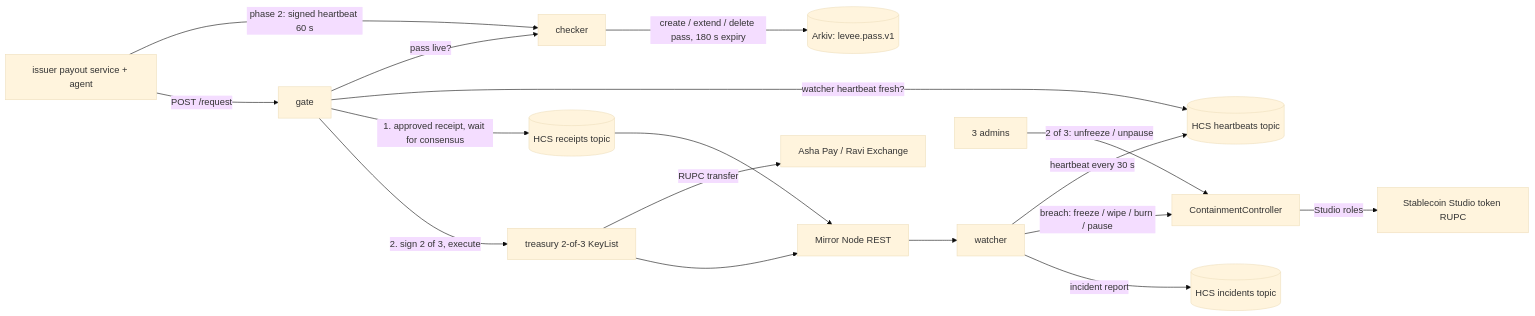
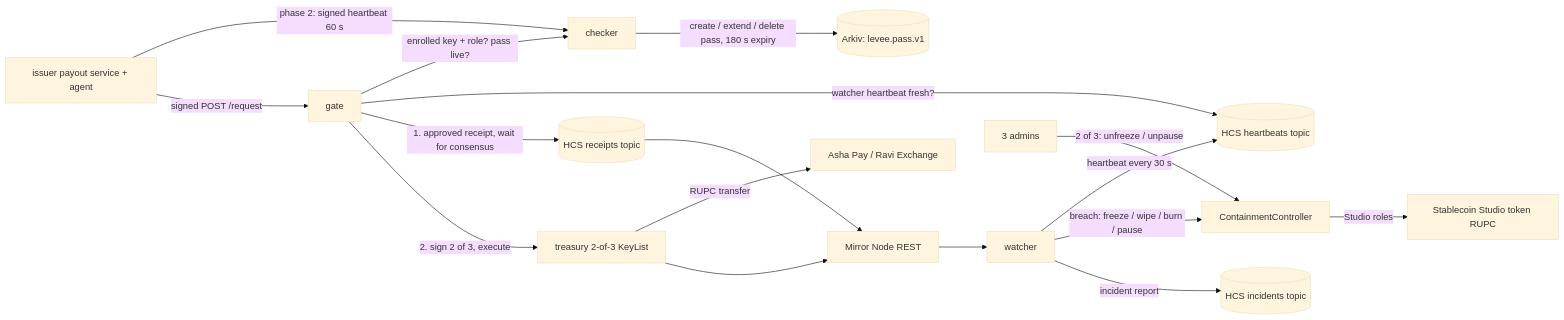
Before and after one commit to 0xvikram/levee: the second of 2 diagrams in README.md, drawn with Mermaid (base theme). The commit also changed other lines of this file and 9 other files, not shown here.

First line of the commit message:
Docs: match every claim to the code and live runs (signed requests, partners frozen not wiped, live mint)

````diff
--- a/README.md
+++ b/README.md
@@ -94,21 +110,21 @@
 ```mermaid
 flowchart LR
   A1[issuer payout service + agent] -- phase 2: signed heartbeat 60 s --> C[checker]
   C -- create / extend / delete pass, 180 s expiry --> ARK[(Arkiv: levee.pass.v1)]
 
-  A1 -- POST /request --> G[gate]
-  G -- pass live? --> C
+  A1 -- signed POST /request --> G[gate]
+  G -- enrolled key + role? pass live? --> C
   G -- watcher heartbeat fresh? --> HB[(HCS heartbeats topic)]
   G -- 1. approved receipt, wait for consensus --> RT[(HCS receipts topic)]
   G -- 2. sign 2 of 3, execute --> T[treasury 2-of-3 KeyList]
   T -- RUPC transfer --> P[Asha Pay / Ravi Exchange]
 
   MN[Mirror Node REST] --> W[watcher]
   RT --> MN
   T --> MN
   W -- heartbeat every 30 s --> HB
   W -- breach: freeze / wipe / burn / pause --> CC[ContainmentController]
   CC -- Studio roles --> TOK[Stablecoin Studio token RUPC]
   W -- incident report --> IT[(HCS incidents topic)]
   AD[3 admins] -- 2 of 3: unfreeze / unpause --> CC
 ```
````
